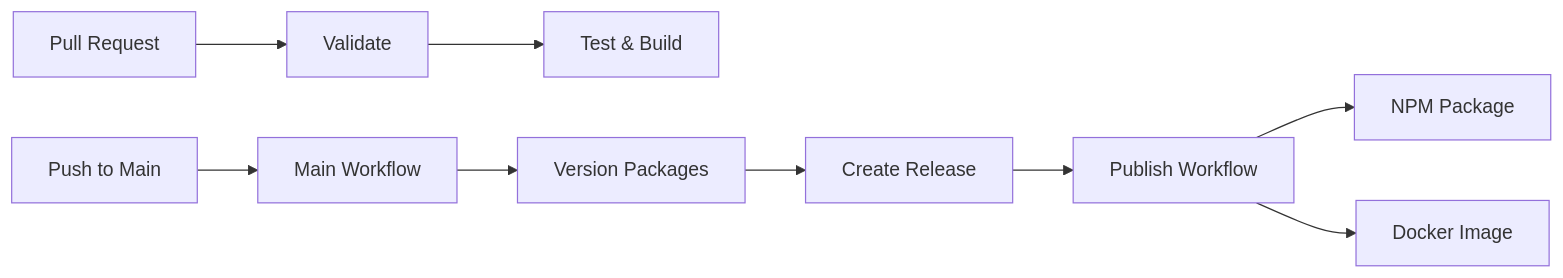
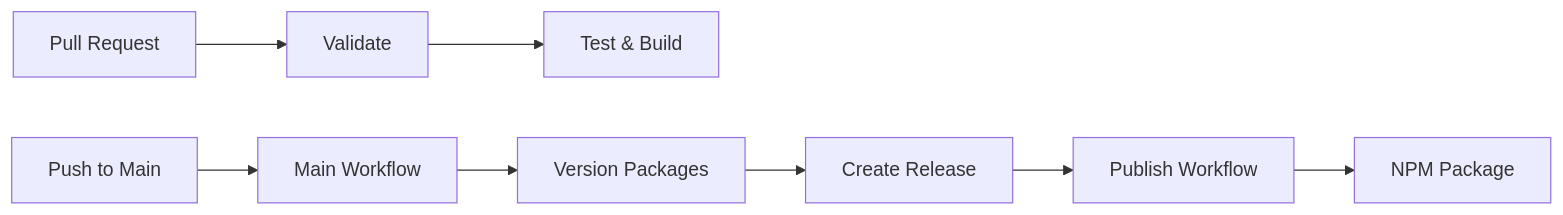
The diagram in .github/WORKFLOWS.md (sapientpants/changelog-github-custom), drawn with Mermaid before and after one commit. The commit also changed other lines of this file and 9 other files, not shown here.

````diff
--- a/.github/WORKFLOWS.md
+++ b/.github/WORKFLOWS.md
@@ -7,12 +7,11 @@
 ```mermaid
 graph LR
     PR[Pull Request] --> VALIDATE[Validate]
     VALIDATE --> TEST[Test & Build]
 
     PUSH[Push to Main] --> MAIN[Main Workflow]
     MAIN --> VERSION[Version Packages]
     VERSION --> RELEASE[Create Release]
     RELEASE --> PUBLISH[Publish Workflow]
     PUBLISH --> NPM[NPM Package]
-    PUBLISH --> DOCKER[Docker Image]
 ```
````
